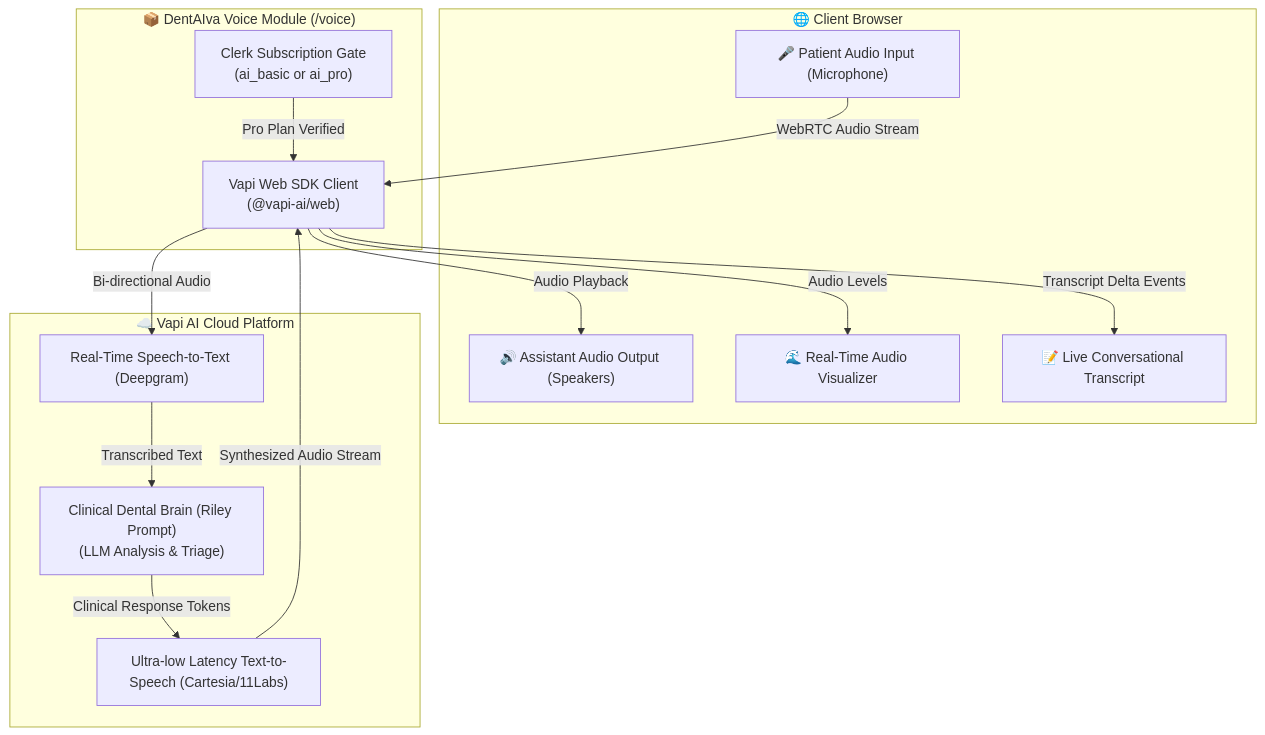
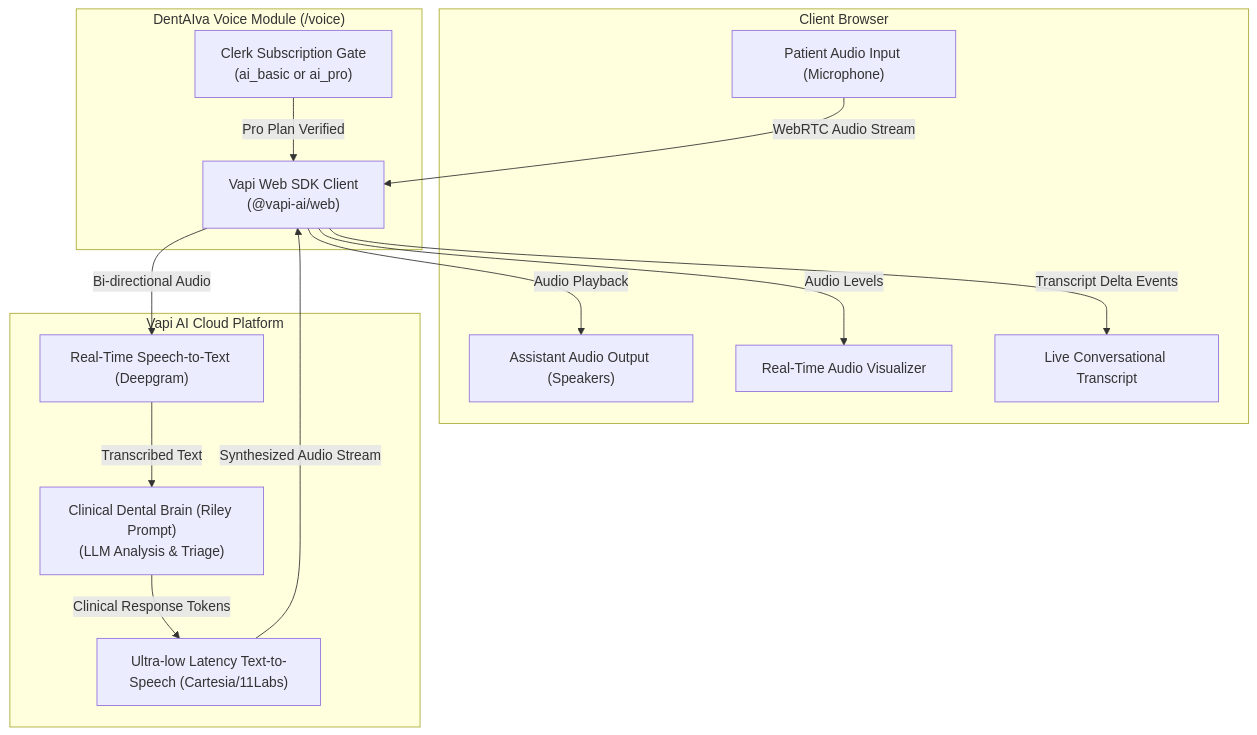
One commit to Satyam6201/DentAIva changed the fourth of 5 diagrams in README.md. Above: the diagram before and after it, drawn with Mermaid. The commit also changed other lines of this file and 7 other files, not shown here.

````diff
--- a/README.md
+++ b/README.md
@@ -194,30 +194,30 @@
 ```mermaid
 flowchart TD
-    subgraph BrowserEnvironment["🌐 Client Browser"]
-        UserMic["🎤 Patient Audio Input (Microphone)"]
-        UserSpeaker["🔊 Assistant Audio Output (Speakers)"]
-        Waveform["🌊 Real-Time Audio Visualizer"]
-        TranscriptBox["📝 Live Conversational Transcript"]
+    subgraph BrowserEnvironment["Client Browser"]
+        UserMic["Patient Audio Input (Microphone)"]
+        UserSpeaker["Assistant Audio Output (Speakers)"]
+        Waveform["Real-Time Audio Visualizer"]
+        TranscriptBox["Live Conversational Transcript"]
     end
 
-    subgraph ClientController["📦 DentAIva Voice Module (/voice)"]
+    subgraph ClientController["DentAIva Voice Module (/voice)"]
         PlanGuard["Clerk Subscription Gate\n(ai_basic or ai_pro)"]
         VapiSDK["Vapi Web SDK Client\n(@vapi-ai/web)"]
     end
 
-    subgraph VapiServer["☁️ Vapi AI Cloud Platform"]
+    subgraph VapiServer["Vapi AI Cloud Platform"]
         STT["Real-Time Speech-to-Text (Deepgram)"]
         LLM["Clinical Dental Brain (Riley Prompt)\n(LLM Analysis & Triage)"]
         TTS["Ultra-low Latency Text-to-Speech (Cartesia/11Labs)"]
     end
 
     PlanGuard -->|Pro Plan Verified| VapiSDK
     UserMic -->|WebRTC Audio Stream| VapiSDK
     VapiSDK -->|Bi-directional Audio| STT
     STT -->|Transcribed Text| LLM
     LLM -->|Clinical Response Tokens| TTS
     TTS -->|Synthesized Audio Stream| VapiSDK
     VapiSDK -->|Audio Playback| UserSpeaker
     VapiSDK -->|Audio Levels| Waveform
     VapiSDK -->|Transcript Delta Events| TranscriptBox
 ```
````
